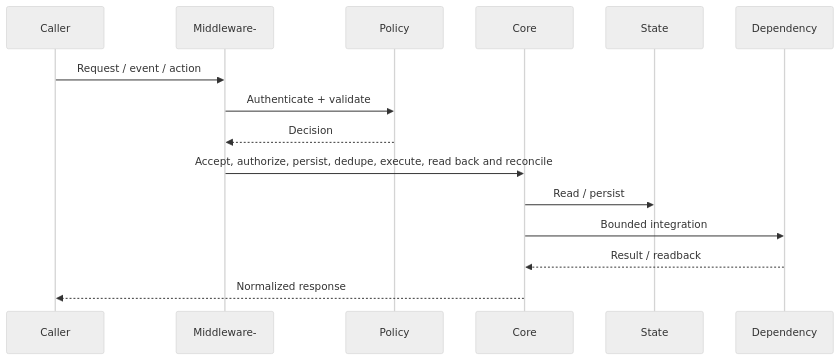
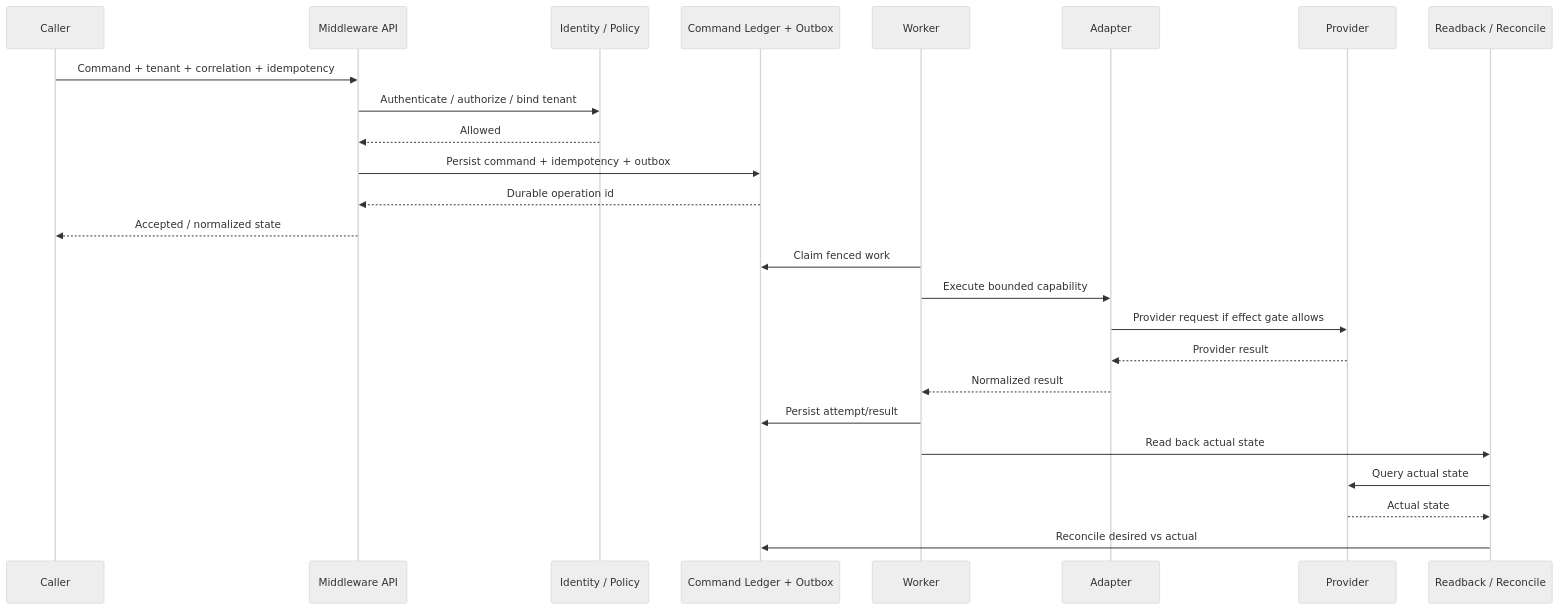
One commit to appolon1908/Middleware- changed the fourth of 8 diagrams in docs/ARCHITECTURE-CHARTS.md. Above: the diagram before and after it, drawn with Mermaid (neutral theme). The commit also changed other lines of this file and 19 other files, not shown here.

First line of the commit message:
fix(source): harden Middleware API authority and social media provenance (#432)

````diff
--- a/docs/ARCHITECTURE-CHARTS.md
+++ b/docs/ARCHITECTURE-CHARTS.md
@@ -28,17 +125,30 @@
 ```mermaid
 sequenceDiagram
- participant U as Caller
- participant B as Middleware-
- participant P as Policy
- participant C as Core
- participant S as State
- participant X as Dependency
- U->>B: Request / event / action
- B->>P: Authenticate + validate
- P-->>B: Decision
- B->>C: Accept, authorize, persist, dedupe, execute, read back and reconcile
- C->>S: Read / persist
- C->>X: Bounded integration
- X-->>C: Result / readback
- C-->>U: Normalized response
+    participant U as Caller
+    participant API as Middleware API
+    participant AUTH as Identity / Policy
+    participant DB as Command Ledger + Outbox
+    participant W as Worker
+    participant AD as Adapter
+    participant P as Provider
+    participant RB as Readback / Reconcile
+
+    U->>API: Command + tenant + correlation + idempotency
+    API->>AUTH: Authenticate / authorize / bind tenant
+    AUTH-->>API: Allowed
+    API->>DB: Persist command + idempotency + outbox
+    DB-->>API: Durable operation id
+    API-->>U: Accepted / normalized state
+
+    W->>DB: Claim fenced work
+    W->>AD: Execute bounded capability
+    AD->>P: Provider request if effect gate allows
+    P-->>AD: Provider result
+    AD-->>W: Normalized result
+    W->>DB: Persist attempt/result
+
+    W->>RB: Read back actual state
+    RB->>P: Query actual state
+    P-->>RB: Actual state
+    RB->>DB: Reconcile desired vs actual
 ```
````
